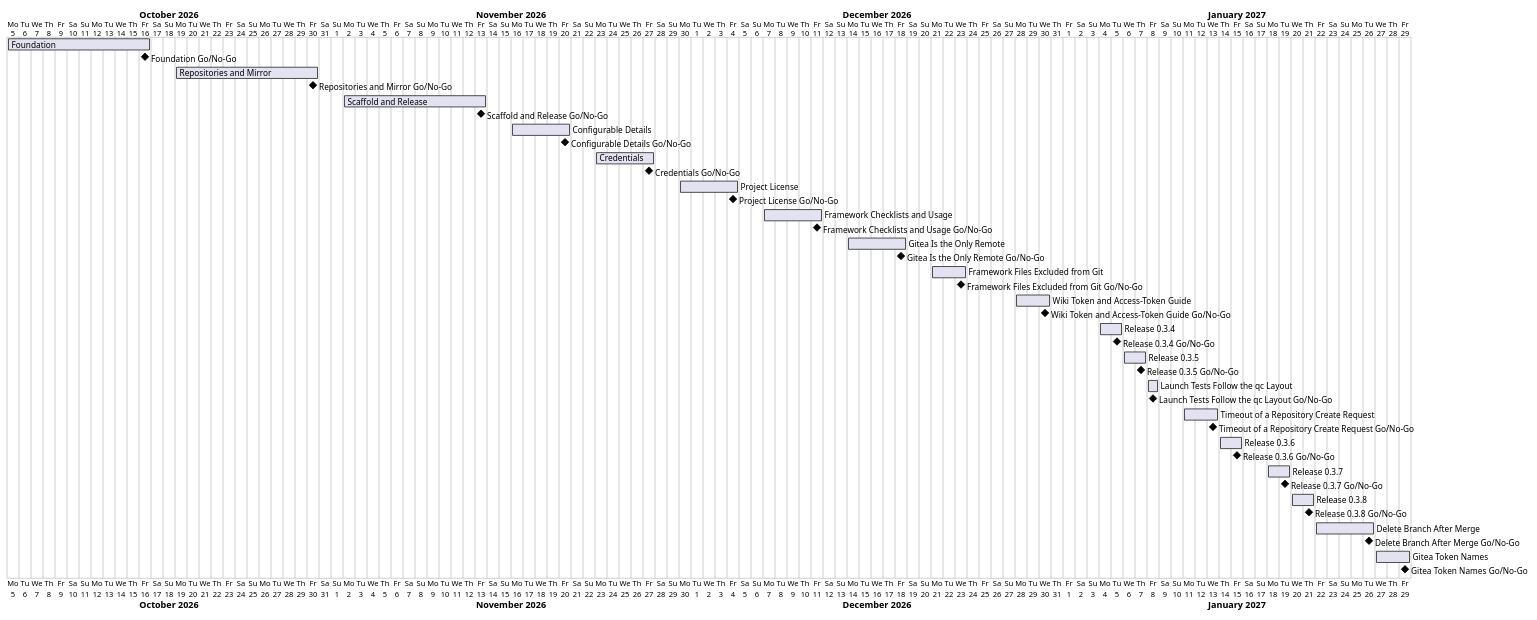
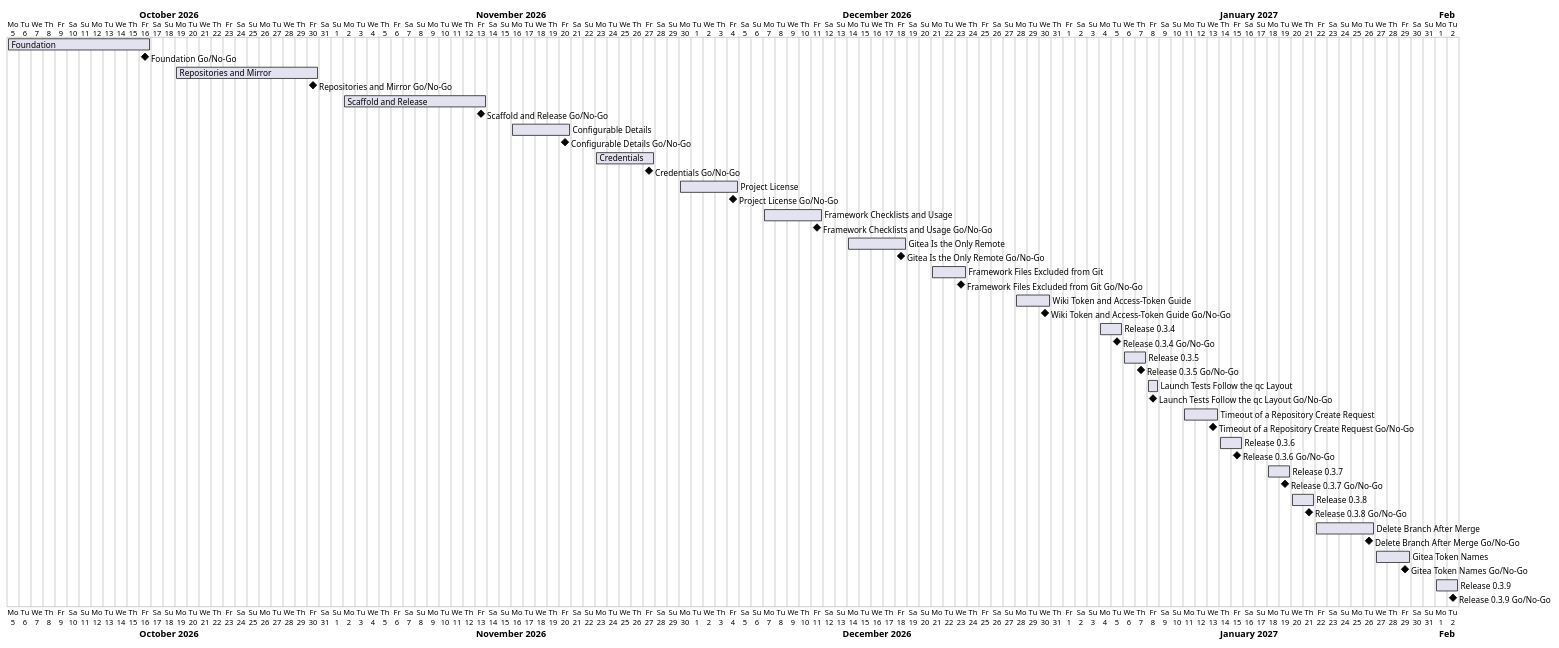
One commit to TirSystem-BashScript/repo-foundry changed the diagram in docs/project-plan.md. Above: the diagram before and after it, drawn with PlantUML. The commit also changed other lines of this file and 7 other files, not shown here.

````diff
--- a/docs/project-plan.md
+++ b/docs/project-plan.md
@@ -52,43 +53,45 @@
 ```plantuml
 @startgantt
 Project starts 2026-10-05
 [Foundation] starts 2026-10-05 and ends 2026-10-16
 [Foundation Go/No-Go] happens 2026-10-16
 [Repositories and Mirror] starts 2026-10-19 and ends 2026-10-30
 [Repositories and Mirror Go/No-Go] happens 2026-10-30
 [Scaffold and Release] starts 2026-11-02 and ends 2026-11-13
 [Scaffold and Release Go/No-Go] happens 2026-11-13
 [Configurable Details] starts 2026-11-16 and ends 2026-11-20
 [Configurable Details Go/No-Go] happens 2026-11-20
 [Credentials] starts 2026-11-23 and ends 2026-11-27
 [Credentials Go/No-Go] happens 2026-11-27
 [Project License] starts 2026-11-30 and ends 2026-12-04
 [Project License Go/No-Go] happens 2026-12-04
 [Framework Checklists and Usage] starts 2026-12-07 and ends 2026-12-11
 [Framework Checklists and Usage Go/No-Go] happens 2026-12-11
 [Gitea Is the Only Remote] starts 2026-12-14 and ends 2026-12-18
 [Gitea Is the Only Remote Go/No-Go] happens 2026-12-18
 [Framework Files Excluded from Git] starts 2026-12-21 and ends 2026-12-23
 [Framework Files Excluded from Git Go/No-Go] happens 2026-12-23
 [Wiki Token and Access-Token Guide] starts 2026-12-28 and ends 2026-12-30
 [Wiki Token and Access-Token Guide Go/No-Go] happens 2026-12-30
 [Release 0.3.4] starts 2027-01-04 and ends 2027-01-05
 [Release 0.3.4 Go/No-Go] happens 2027-01-05
 [Release 0.3.5] starts 2027-01-06 and ends 2027-01-07
 [Release 0.3.5 Go/No-Go] happens 2027-01-07
 [Launch Tests Follow the qc Layout] starts 2027-01-08 and ends 2027-01-08
 [Launch Tests Follow the qc Layout Go/No-Go] happens 2027-01-08
 [Timeout of a Repository Create Request] starts 2027-01-11 and ends 2027-01-13
 [Timeout of a Repository Create Request Go/No-Go] happens 2027-01-13
 [Release 0.3.6] starts 2027-01-14 and ends 2027-01-15
 [Release 0.3.6 Go/No-Go] happens 2027-01-15
 [Release 0.3.7] starts 2027-01-18 and ends 2027-01-19
 [Release 0.3.7 Go/No-Go] happens 2027-01-19
 [Release 0.3.8] starts 2027-01-20 and ends 2027-01-21
 [Release 0.3.8 Go/No-Go] happens 2027-01-21
 [Delete Branch After Merge] starts 2027-01-22 and ends 2027-01-26
 [Delete Branch After Merge Go/No-Go] happens 2027-01-26
 [Gitea Token Names] starts 2027-01-27 and ends 2027-01-29
 [Gitea Token Names Go/No-Go] happens 2027-01-29
+[Release 0.3.9] starts 2027-02-01 and ends 2027-02-02
+[Release 0.3.9 Go/No-Go] happens 2027-02-02
 @endgantt
 ```
````
